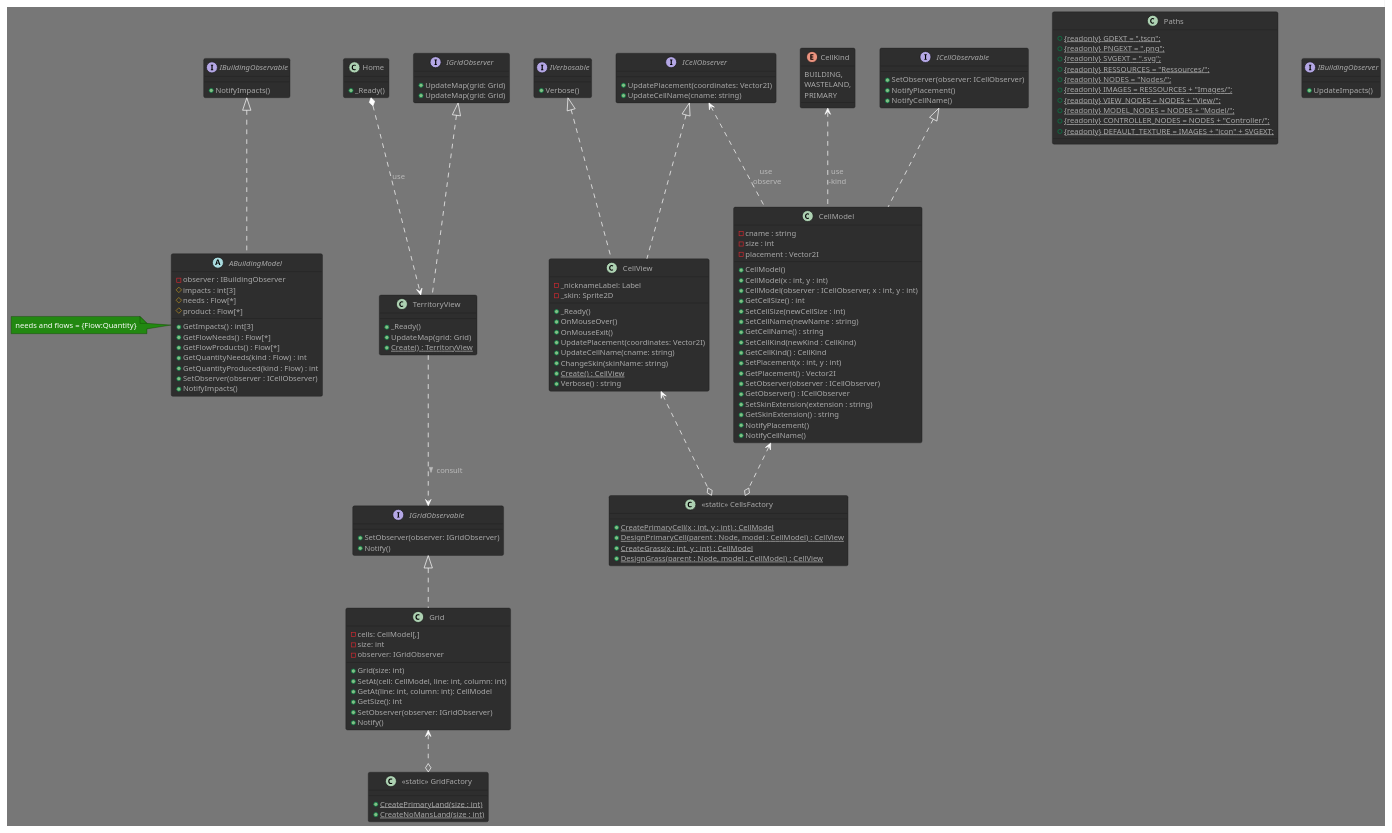
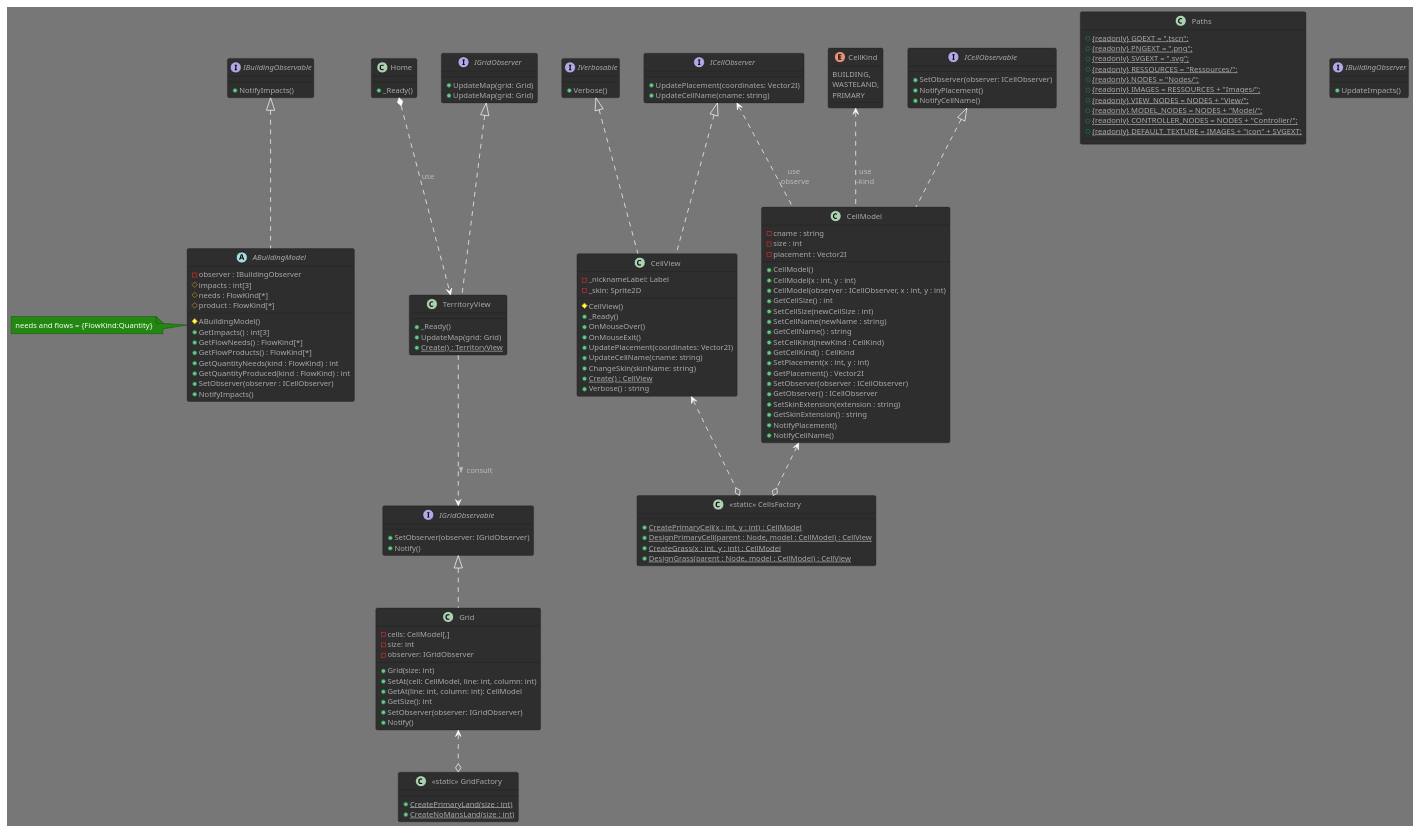
Before and after one commit to Spidermatou/Terriflux: the diagram in Schemes and infos/Scratch.puml, drawn with PlantUML. The commit also changed 27 other files, not shown here.

```diff
--- a/Schemes and infos/Scratch.puml
+++ b/Schemes and infos/Scratch.puml
@@ -1,157 +1,158 @@
 @startuml
 !theme reddress-darkgreen
 
 class Home{
     + _Ready()
 }
 Home *..> TerritoryView : use
 
 interface IVerbosable{
     + Verbose()
 }
 
 class Paths{
     + {static} {readonly} GDEXT = ".tscn";
     + {static} {readonly} PNGEXT = ".png";
     + {static} {readonly} SVGEXT = ".svg";
     + {static} {readonly} RESSOURCES = "Ressources/";
     + {static} {readonly} NODES = "Nodes/";
     + {static} {readonly} IMAGES = RESSOURCES + "Images/";
     + {static} {readonly} VIEW_NODES = NODES + "View/";
     + {static} {readonly} MODEL_NODES = NODES + "Model/";
     + {static} {readonly} CONTROLLER_NODES = NODES + "Controller/";
     + {static} {readonly} DEFAULT_TEXTURE = IMAGES + "icon" + SVGEXT;
 }
 
 enum CellKind{
     BUILDING,
     WASTELAND,
     PRIMARY
 }
 
 class CellModel implements ICellObservable {
     - cname : string
     - size : int
     - placement : Vector2I
     + CellModel()
     + CellModel(x : int, y : int)
     + CellModel(observer : ICellObserver, x : int, y : int)
     + GetCellSize() : int
     + SetCellSize(newCellSize : int)
     + SetCellName(newName : string)
     + GetCellName() : string
     + SetCellKind(newKind : CellKind)
     + GetCellKind() : CellKind
     + SetPlacement(x : int, y : int)
     + GetPlacement() : Vector2I
     + SetObserver(observer : ICellObserver)
     + GetObserver() : ICellObserver
     + SetSkinExtension(extension : string)
     + GetSkinExtension() : string
     + NotifyPlacement()
     + NotifyCellName()
 }
 CellKind <.. CellModel : use\n-kind
 ICellObserver <.. CellModel : use\n-observe
 
 class Grid implements IGridObservable {
     - cells: CellModel[,]
     - size: int
     - observer: IGridObserver
 
     + Grid(size: int)
     + SetAt(cell: CellModel, line: int, column: int)
     + GetAt(line: int, column: int): CellModel
     + GetSize(): int
     + SetObserver(observer: IGridObserver)
     + Notify()
 }
 
 interface IGridObserver {
     + UpdateMap(grid: Grid)
 }
 
 interface ICellObservable {
     + SetObserver(observer: ICellObserver)
     + NotifyPlacement()
     + NotifyCellName()
 }
 
 interface ICellObserver {
     + UpdatePlacement(coordinates: Vector2I)
     + UpdateCellName(cname: string)
 }
 
 interface IGridObserver {
     + UpdateMap(grid: Grid)
 }
 
 interface IGridObservable {
     + SetObserver(observer: IGridObserver)
     + Notify()
 }
 
 class CellView implements ICellObserver, IVerbosable {
     - _nicknameLabel: Label
     - _skin: Sprite2D
-
+    # CellView()
     + _Ready() 
     + OnMouseOver() 
     + OnMouseExit() 
     + UpdatePlacement(coordinates: Vector2I) 
     + UpdateCellName(cname: string) 
     + ChangeSkin(skinName: string) 
     + {static} Create() : CellView
     + Verbose() : string
 }
 
 class TerritoryView implements IGridObserver {
     + _Ready() 
     + UpdateMap(grid: Grid)
     + {static} Create() : TerritoryView
 }
 TerritoryView ..> IGridObservable : > consult
 
 class "<<static>> GridFactory" as GridFactory{
     + {static} CreatePrimaryLand(size : int)
     + {static} CreateNoMansLand(size : int)
 }
 Grid <..o GridFactory
 
 class "<<static>> CellsFactory" as CellsFactory{
     + {static} CreatePrimaryCell(x : int, y : int) : CellModel
     + {static} DesignPrimaryCell(parent : Node, model : CellModel) : CellView
     + {static} CreateGrass(x : int, y : int) : CellModel
     + {static} DesignGrass(parent : Node, model : CellModel) : CellView
 }
 CellModel <..o CellsFactory
 CellView <..o CellsFactory
 
 abstract ABuildingModel implements IBuildingObservable{
     - observer : IBuildingObserver /' just one for each instance! '/
     # impacts : int[3]
-    # needs : Flow[*]
-    # product : Flow[*]
+    # needs : FlowKind[*]
+    # product : FlowKind[*]
+    # ABuildingModel()
     + GetImpacts() : int[3]
-    + GetFlowNeeds() : Flow[*]
-    + GetFlowProducts() : Flow[*]
-    + GetQuantityNeeds(kind : Flow) : int
-    + GetQuantityProduced(kind : Flow) : int
+    + GetFlowNeeds() : FlowKind[*]
+    + GetFlowProducts() : FlowKind[*]
+    + GetQuantityNeeds(kind : FlowKind) : int
+    + GetQuantityProduced(kind : FlowKind) : int
     + SetObserver(observer : ICellObserver)
     + NotifyImpacts()
     /' impacts =
     +-sociability,
     +-ecology,
     +-economy\n}'/
 }
-note "needs and flows = {Flow:Quantity}" as FQNote
+note "needs and flows = {FlowKind:Quantity}" as FQNote
 FQNote - ABuildingModel
 
 interface IBuildingObserver{
     + UpdateImpacts()
 }
 interface IBuildingObservable{
     + NotifyImpacts()
 }
 
 @enduml
```
